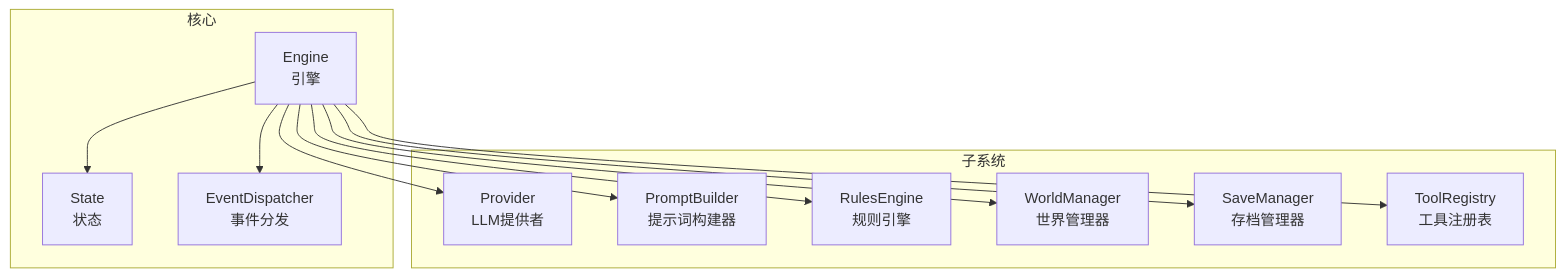
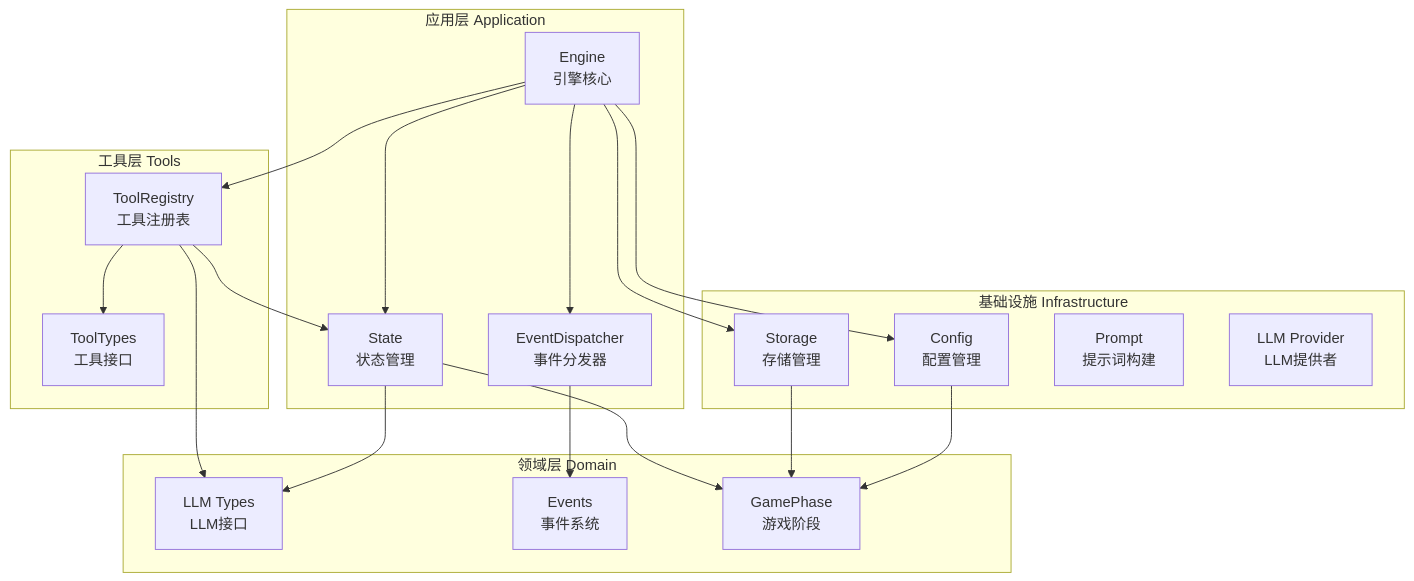
One commit to zwh8800/cdnd changed the first of 5 diagrams in .qoder/repowiki/zh/content/游戏引擎架构/引擎核心组件.md. Above: the diagram before and after it, drawn with Mermaid. The commit also changed other lines of this file and 11 other files, not shown here.

````diff
--- a/.qoder/repowiki/zh/content/游戏引擎架构/引擎核心组件.md
+++ b/.qoder/repowiki/zh/content/游戏引擎架构/引擎核心组件.md
@@ -48,24 +53,36 @@
 ```mermaid
 graph TB
-subgraph "核心"
-E["Engine<br/>引擎"]
-S["State<br/>状态"]
-ED["EventDispatcher<br/>事件分发"]
+subgraph "应用层 Application"
+E["Engine<br/>引擎核心"]
+S["State<br/>状态管理"]
+ED["EventDispatcher<br/>事件分发器"]
 end
-subgraph "子系统"
-P["Provider<br/>LLM提供者"]
-PB["PromptBuilder<br/>提示词构建器"]
-R["RulesEngine<br/>规则引擎"]
-W["WorldManager<br/>世界管理器"]
-SM["SaveManager<br/>存档管理器"]
+subgraph "工具层 Tools"
 TR["ToolRegistry<br/>工具注册表"]
+TT["ToolTypes<br/>工具接口"]
+end
+subgraph "领域层 Domain"
+LLM["LLM Types<br/>LLM接口"]
+EVENTS["Events<br/>事件系统"]
+PHASE["GamePhase<br/>游戏阶段"]
+end
+subgraph "基础设施 Infrastructure"
+CFG["Config<br/>配置管理"]
+STORAGE["Storage<br/>存储管理"]
+PROMPT["Prompt<br/>提示词构建"]
+LLMProv["LLM Provider<br/>LLM提供者"]
 end
 E --> S
-E --> P
-E --> PB
-E --> R
-E --> W
-E --> SM
 E --> TR
 E --> ED
+E --> CFG
+E --> STORAGE
+TR --> TT
+TR --> S
+TR --> LLM
+ED --> EVENTS
+S --> PHASE
+S --> LLM
+STORAGE --> PHASE
+CFG --> PHASE
 ```
````
